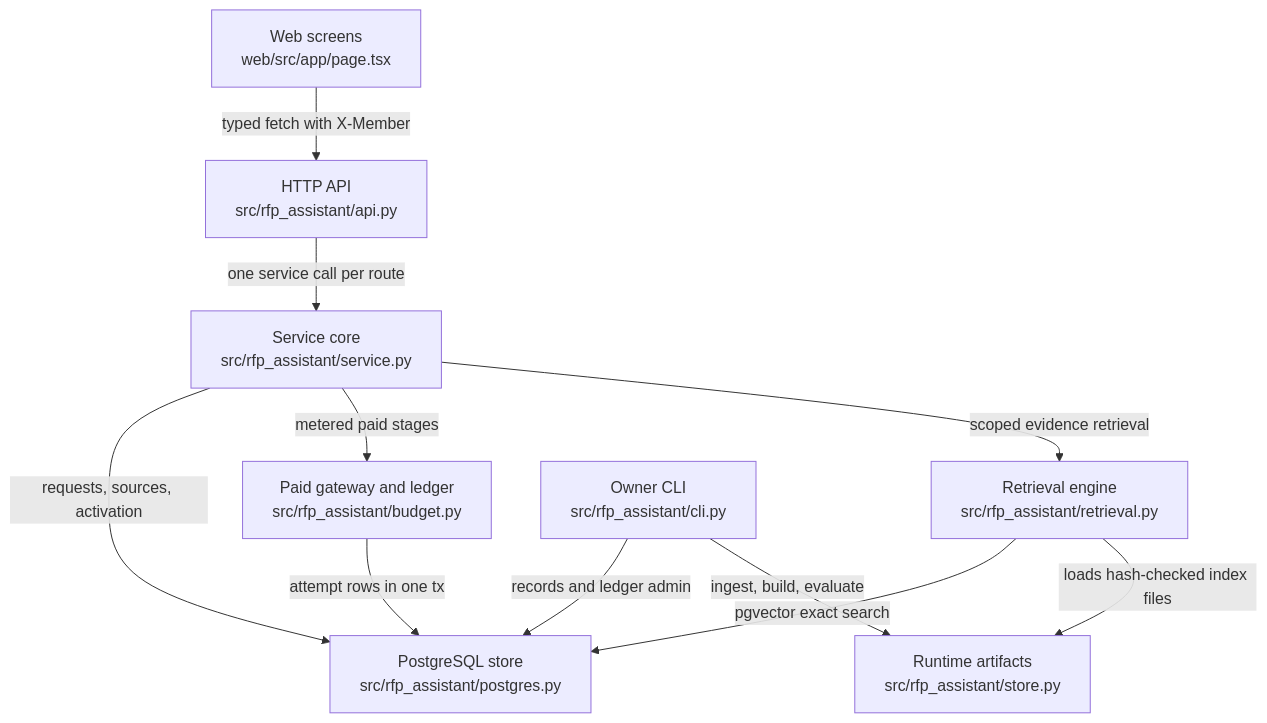
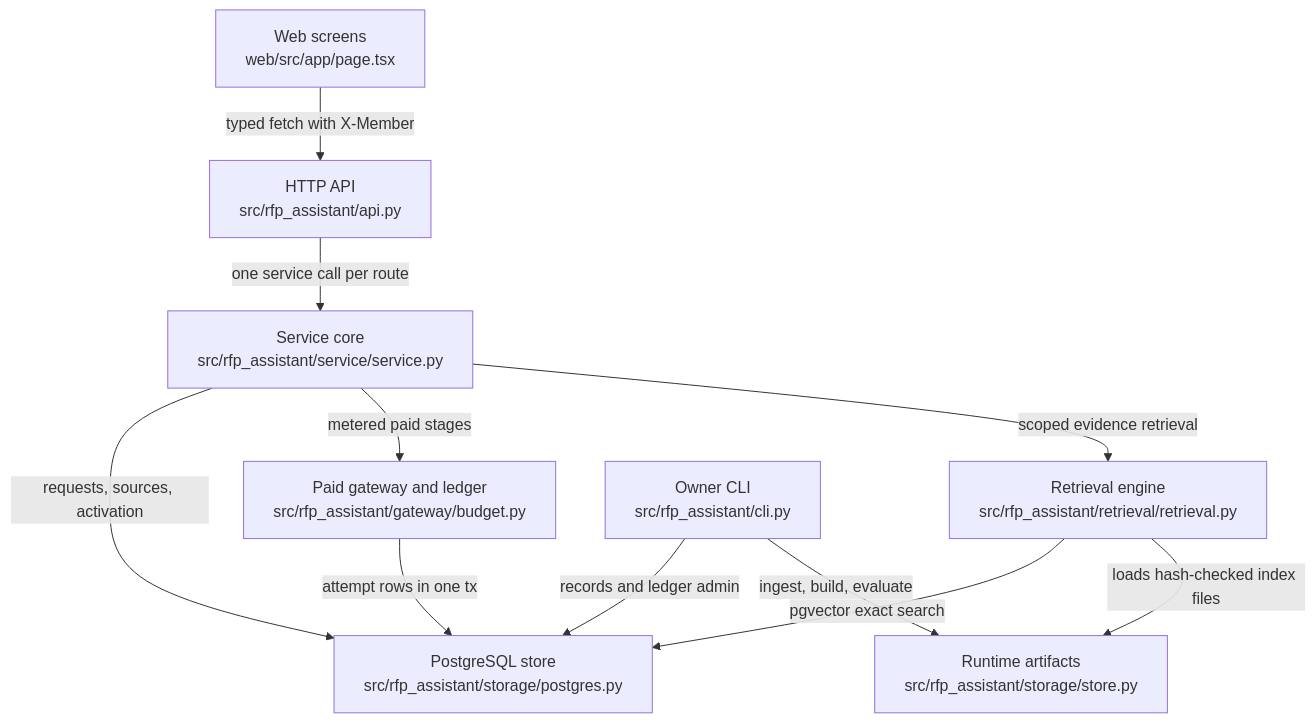
The diagram in .omm/overall-architecture/diagram.mmd (littleeeeebit/project-codeit-mid), drawn with Mermaid before and after one commit. The commit also changed 13 other files, not shown here.

Commit message:
Name the layer package paths in docs and diagrams

```diff
--- a/.omm/overall-architecture/diagram.mmd
+++ b/.omm/overall-architecture/diagram.mmd
@@ -1,11 +1,11 @@
 graph TD
   web-screens["Web screens\nweb/src/app/page.tsx"] -->|"typed fetch with X-Member"| http-api["HTTP API\nsrc/rfp_assistant/api.py"]
-  http-api -->|"one service call per route"| service-core["Service core\nsrc/rfp_assistant/service.py"]
-  service-core -->|"scoped evidence retrieval"| retrieval-engine["Retrieval engine\nsrc/rfp_assistant/retrieval.py"]
-  service-core -->|"metered paid stages"| paid-gateway["Paid gateway and ledger\nsrc/rfp_assistant/budget.py"]
-  retrieval-engine -->|"loads hash-checked index files"| runtime-artifacts["Runtime artifacts\nsrc/rfp_assistant/store.py"]
-  retrieval-engine -->|"pgvector exact search"| postgresql-store["PostgreSQL store\nsrc/rfp_assistant/postgres.py"]
+  http-api -->|"one service call per route"| service-core["Service core\nsrc/rfp_assistant/service/service.py"]
+  service-core -->|"scoped evidence retrieval"| retrieval-engine["Retrieval engine\nsrc/rfp_assistant/retrieval/retrieval.py"]
+  service-core -->|"metered paid stages"| paid-gateway["Paid gateway and ledger\nsrc/rfp_assistant/gateway/budget.py"]
+  retrieval-engine -->|"loads hash-checked index files"| runtime-artifacts["Runtime artifacts\nsrc/rfp_assistant/storage/store.py"]
+  retrieval-engine -->|"pgvector exact search"| postgresql-store["PostgreSQL store\nsrc/rfp_assistant/storage/postgres.py"]
   service-core -->|"requests, sources, activation"| postgresql-store
   paid-gateway -->|"attempt rows in one tx"| postgresql-store
   offline-cli["Owner CLI\nsrc/rfp_assistant/cli.py"] -->|"ingest, build, evaluate"| runtime-artifacts
   offline-cli -->|"records and ledger admin"| postgresql-store
```
